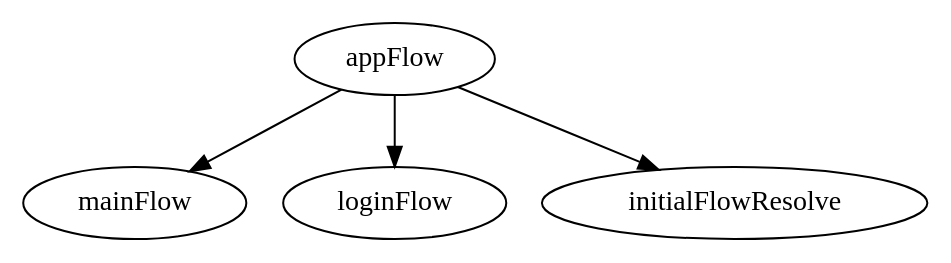
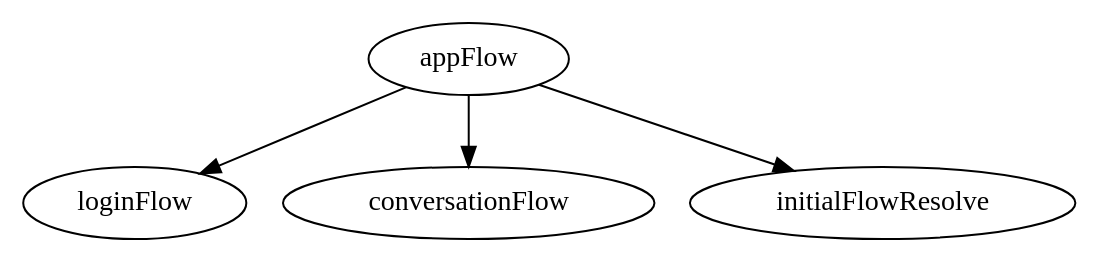
One commit to DeveloperPalmer/clarify-android changed the diagram in app/routing/src/main/way/app_flow.dot. Above: the diagram before and after it, drawn with Graphviz. The commit also changed 54 other files, not shown here.

Commit message:
[profile] Add profile flow

```diff
--- a/app/routing/src/main/way/app_flow.dot
+++ b/app/routing/src/main/way/app_flow.dot
@@ -1,20 +1,21 @@
 digraph AppFlow {
   package = "ru.sla.clarify.app.routing"
 
   appFlow [
     type = "flow"
   ]
 
-  mainFlow [
-    type = "schema"
-  ]
-
   loginFlow [
     type = "schema",
     resultType = "ru.sla.clarify.feature.login.routing.LoginFlow.Result"
   ]
 
+  conversationFlow [
+    type = "schema",
+    resultType = "ru.sla.clarify.feature.chat.conversation.routing.ConversationFlow.Result"
+  ]
+
   appFlow -> initialFlowResolve
   appFlow -> loginFlow
-  appFlow -> mainFlow
+  appFlow -> conversationFlow
 }
```
